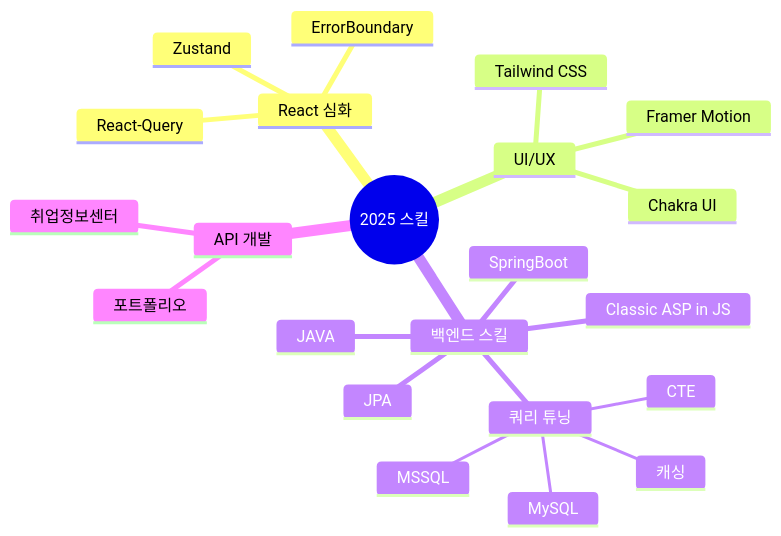
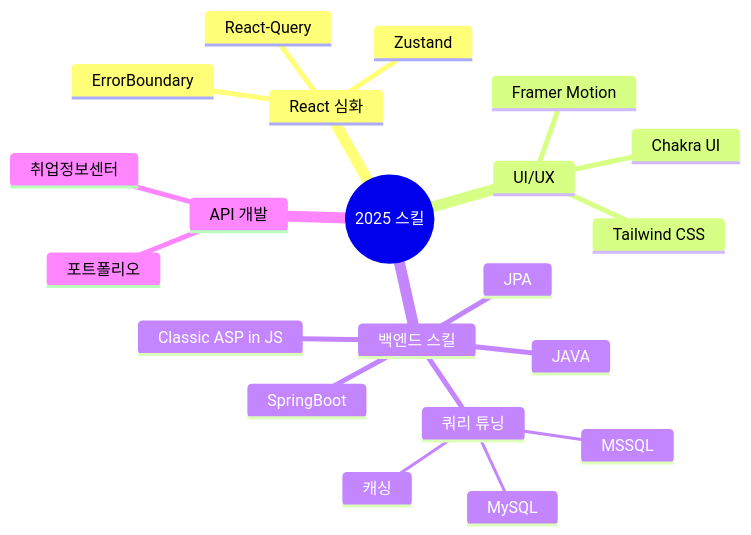
The diagram in README.md (SnowsFE/SnowsFE), drawn with Mermaid before and after one commit.

````diff
--- a/README.md
+++ b/README.md
@@ -145,25 +145,24 @@
 ```mermaid
 mindmap
   root((2025 스킬))
     React 심화
       Zustand
       React-Query
       ErrorBoundary
     UI/UX
       Chakra UI
       Tailwind CSS
       Framer Motion
     백엔드 스킬
       Classic ASP in JS
       SpringBoot
       JAVA
       JPA
       쿼리 튜닝
         MSSQL
         MySQL
-        CTE
         캐싱
     API 개발
       포트폴리오
       취업정보센터
 ```
````
